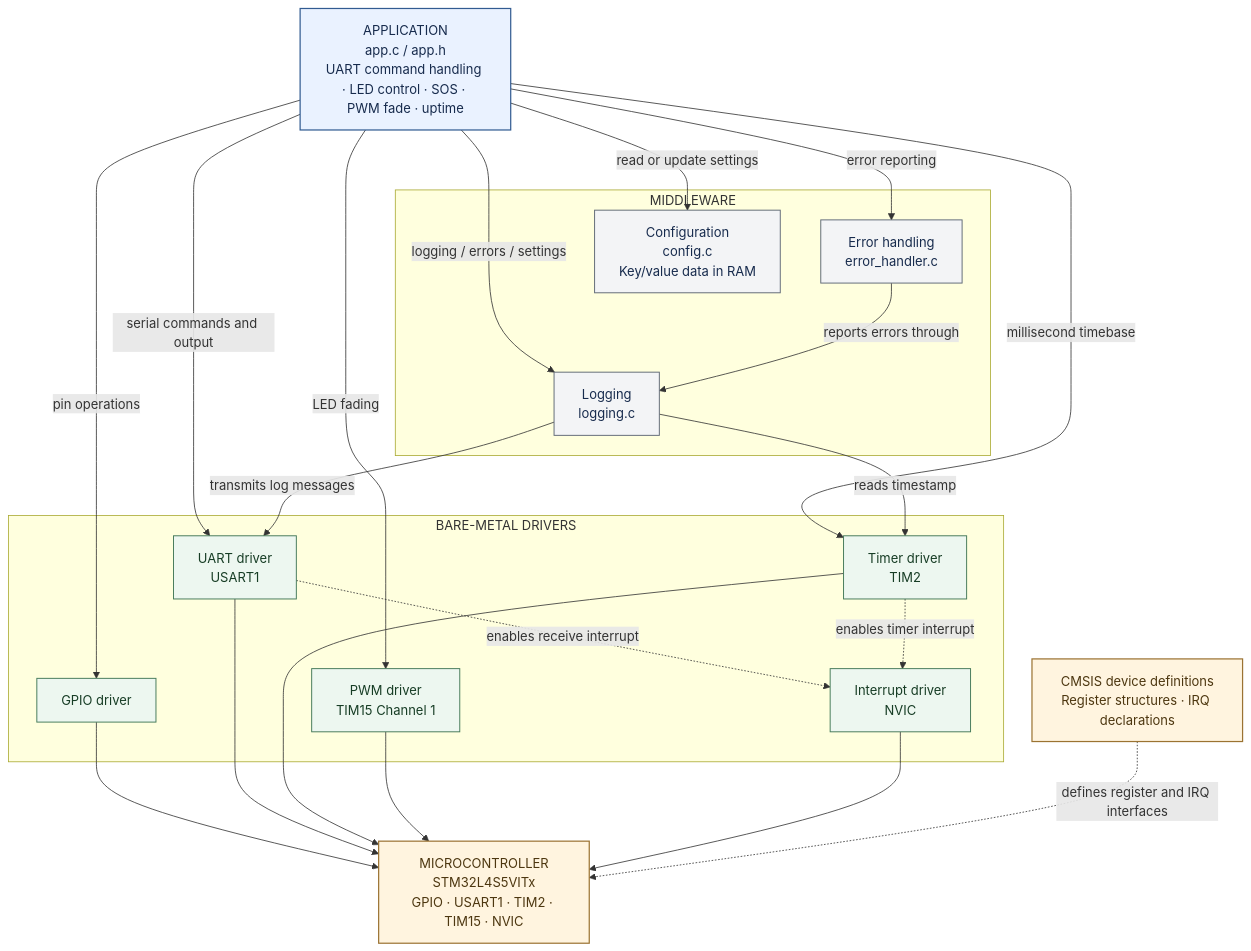
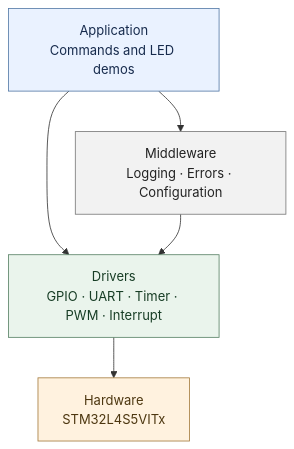
The diagram in README.md (SushantCore/Embedded_Control_Platform), drawn with Mermaid before and after one commit. The commit also changed other lines of this file and 1 other file, not shown here.

````diff
--- a/README.md
+++ b/README.md
@@ -11,53 +7,17 @@
 ```mermaid
-flowchart TB
-    APP["APPLICATION<br/>app.c / app.h<br/>UART command handling · LED control · SOS · PWM fade · uptime"]
+flowchart TD
+    A["Application<br/>Commands and LED demos"]
+    B["Middleware<br/>Logging · Errors · Configuration"]
+    C["Drivers<br/>GPIO · UART · Timer · PWM · Interrupt"]
+    D["Hardware<br/>STM32L4S5VITx"]
 
-    subgraph MW["MIDDLEWARE"]
-        LOG["Logging<br/>logging.c"]
-        ERR["Error handling<br/>error_handler.c"]
-        CFG["Configuration<br/>config.c<br/>Key/value data in RAM"]
-    end
+    A --> B
+    A --> C
+    B --> C
+    C --> D
 
-    subgraph DRV["BARE-METAL DRIVERS"]
-        GPIO["GPIO driver"]
-        UART["UART driver<br/>USART1"]
-        TIMER["Timer driver<br/>TIM2"]
-        PWM["PWM driver<br/>TIM15 Channel 1"]
-        IRQ["Interrupt driver<br/>NVIC"]
-    end
-
-    HW["MICROCONTROLLER<br/>STM32L4S5VITx<br/>GPIO · USART1 · TIM2 · TIM15 · NVIC"]
-    CMSIS["CMSIS device definitions<br/>Register structures · IRQ declarations"]
-
-    APP -->|"logging / errors / settings"| LOG
-    APP -->|"error reporting"| ERR
-    APP -->|"read or update settings"| CFG
-
-    APP -->|"pin operations"| GPIO
-    APP -->|"serial commands and output"| UART
-    APP -->|"millisecond timebase"| TIMER
-    APP -->|"LED fading"| PWM
-
-    ERR -->|"reports errors through"| LOG
-    LOG -->|"transmits log messages"| UART
-    LOG -->|"reads timestamp"| TIMER
-
-    UART -. "enables receive interrupt" .-> IRQ
-    TIMER -. "enables timer interrupt" .-> IRQ
-
-    GPIO --> HW
-    UART --> HW
-    TIMER --> HW
-    PWM --> HW
-    IRQ --> HW
-    CMSIS -. "defines register and IRQ interfaces" .-> HW
-
-    classDef app fill:#eaf2ff,stroke:#315b91,color:#172b4d,stroke-width:1.5px;
-    classDef middleware fill:#f3f4f6,stroke:#626b78,color:#172b4d,stroke-width:1.2px;
-    classDef driver fill:#edf7f0,stroke:#477b5b,color:#173d25,stroke-width:1.2px;
-    classDef hardware fill:#fff4df,stroke:#9b7332,color:#4d3710,stroke-width:1.5px;
-    class APP app;
-    class LOG,ERR,CFG middleware;
-    class GPIO,UART,TIMER,PWM,IRQ driver;
-    class HW,CMSIS hardware;
+    style A fill:#eaf2ff,stroke:#5278a5,color:#172b4d
+    style B fill:#f2f2f2,stroke:#777777,color:#222222
+    style C fill:#eaf4ec,stroke:#578064,color:#173d25
+    style D fill:#fff2df,stroke:#a47a3c,color:#4d3710
 ```
````
